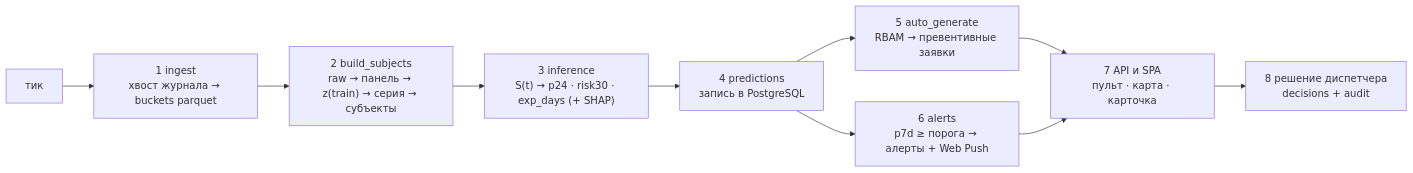
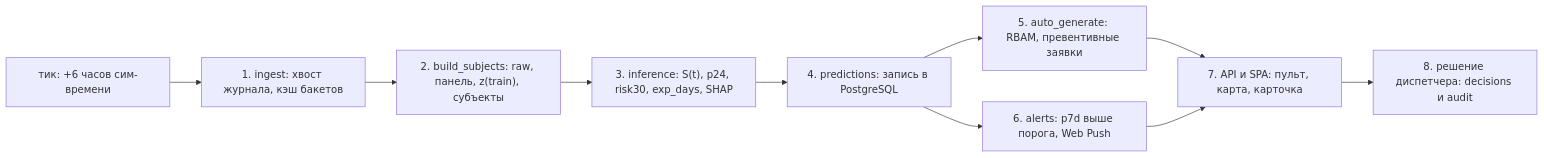
Before and after one commit to Sotef/lct_a8: the second of 2 diagrams in README.md, drawn with Mermaid. The commit also changed other lines of this file, not shown here.

First line of the commit message:
docs(readme): архитектура читается графом — mermaid без HTML-лейблов и цилиндров, ASCII-схема свёрнута в details

````diff
--- a/README.md
+++ b/README.md
@@ -186,12 +165,22 @@
 ```mermaid
 flowchart LR
-  T["тик"] --> S1["1 ingest<br/>хвост журнала → buckets parquet"]
-  S1 --> S2["2 build_subjects<br/>raw → панель → z(train) → серия → субъекты"]
-  S2 --> S3["3 inference<br/>S(t) → p24 · risk30 · exp_days (+ SHAP)"]
-  S3 --> S4["4 predictions<br/>запись в PostgreSQL"]
-  S4 --> S5["5 auto_generate<br/>RBAM → превентивные заявки"]
-  S4 --> S6["6 alerts<br/>p7d ≥ порога → алерты + Web Push"]
-  S5 --> S7["7 API и SPA<br/>пульт · карта · карточка"]
+  T["тик: +6 часов сим-времени"]
+  S1["1. ingest: хвост журнала, кэш бакетов"]
+  S2["2. build_subjects: raw, панель, z(train), субъекты"]
+  S3["3. inference: S(t), p24, risk30, exp_days, SHAP"]
+  S4["4. predictions: запись в PostgreSQL"]
+  S5["5. auto_generate: RBAM, превентивные заявки"]
+  S6["6. alerts: p7d выше порога, Web Push"]
+  S7["7. API и SPA: пульт, карта, карточка"]
+  S8["8. решение диспетчера: decisions и audit"]
+
+  T --> S1
+  S1 --> S2
+  S2 --> S3
+  S3 --> S4
+  S4 --> S5
+  S4 --> S6
+  S5 --> S7
   S6 --> S7
-  S7 --> S8["8 решение диспетчера<br/>decisions + audit"]
+  S7 --> S8
 ```
````
